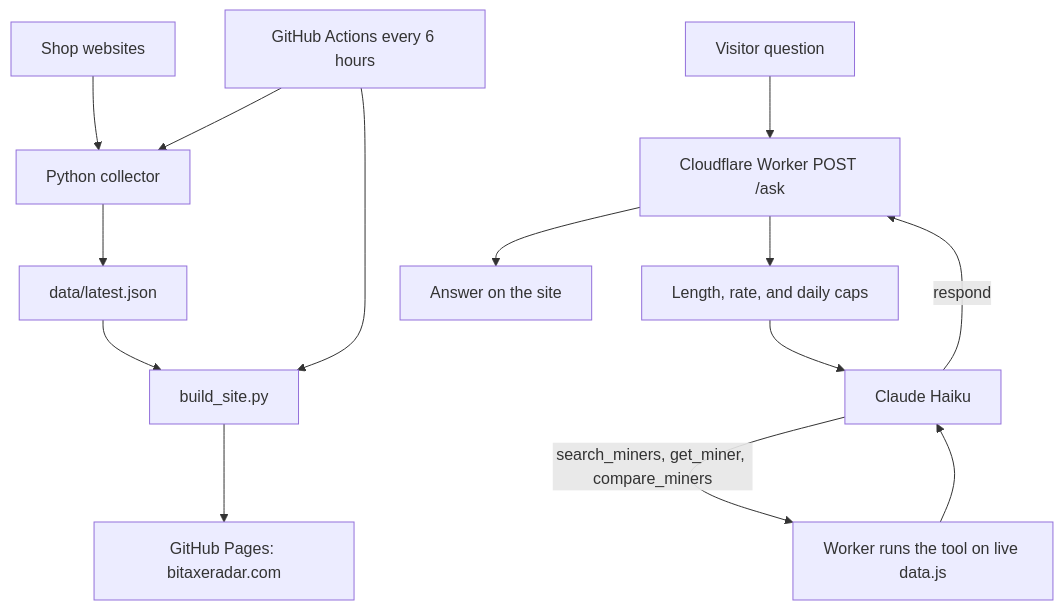
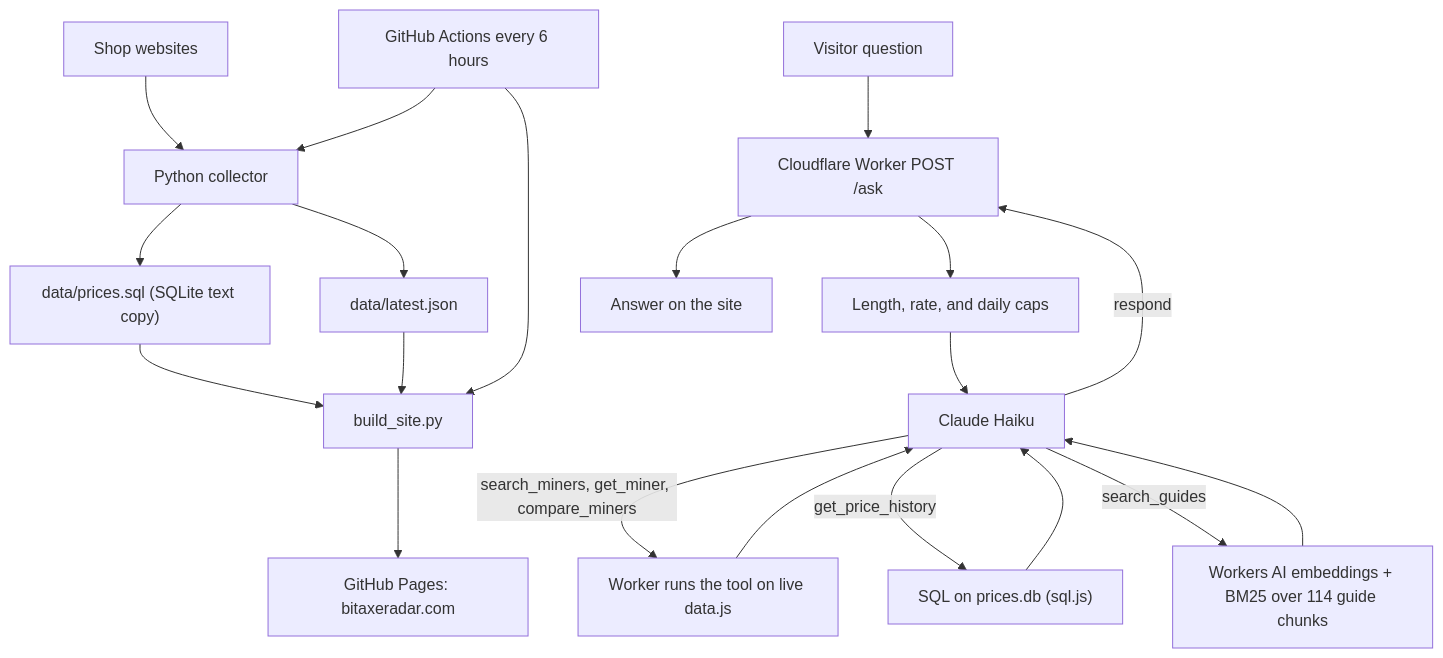
Before and after one commit to YoStoo/bitaxe-radar: the diagram in README.md, drawn with Mermaid. The commit also changed other lines of this file and 9 other files, not shown here.

Commit message:
Launch SQL price history + RAG: live verification, live smoke evals, in_data description fix (Worker 652413a3), docs marked live

````diff
--- a/README.md
+++ b/README.md
@@ -59,17 +65,23 @@
 ```mermaid
 flowchart TD
   shops[Shop websites] --> collector[Python collector]
   gha[GitHub Actions every 6 hours] --> collector
   collector --> data["data/latest.json"]
+  collector --> pricedb["data/prices.sql (SQLite text copy)"]
+  pricedb --> build
   data --> build[build_site.py]
   gha --> build
   build --> site[GitHub Pages: bitaxeradar.com]
 
   visitor[Visitor question] --> worker[Cloudflare Worker POST /ask]
   worker --> guards[Length, rate, and daily caps]
   guards --> claude[Claude Haiku]
   claude -->|"search_miners, get_miner, compare_miners"| tools[Worker runs the tool on live data.js]
   tools --> claude
+  claude -->|get_price_history| sql["SQL on prices.db (sql.js)"]
+  sql --> claude
+  claude -->|search_guides| rag[Workers AI embeddings + BM25 over 114 guide chunks]
+  rag --> claude
   claude -->|respond| worker
   worker --> chat[Answer on the site]
 ```
````
